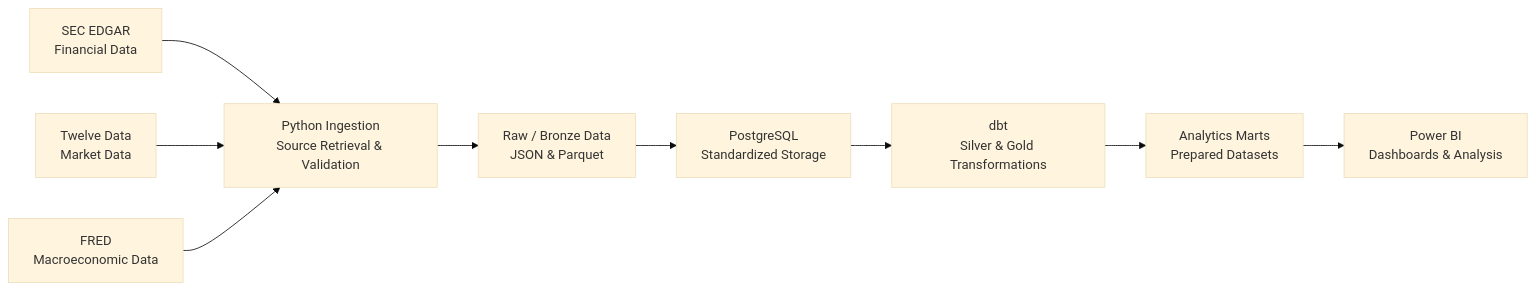
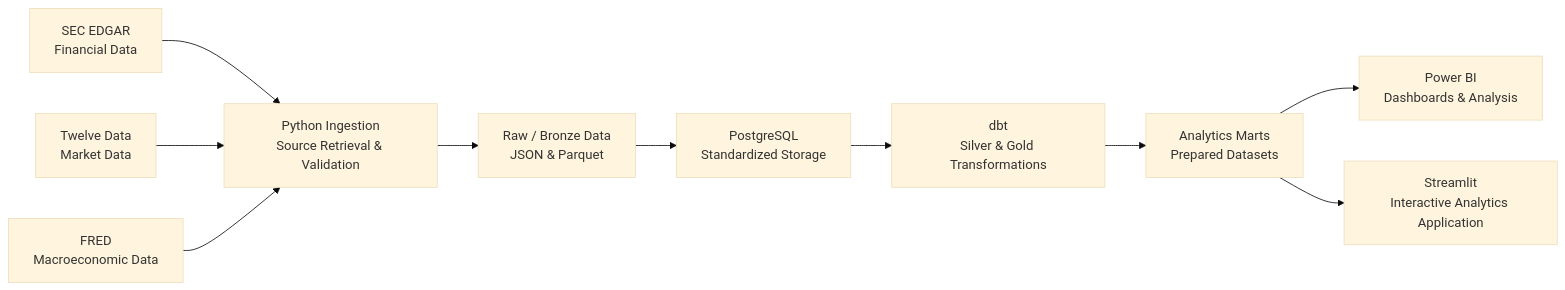
One commit to sorravit-te/FinStream changed the diagram in README.md. Above: the diagram before and after it, drawn with Mermaid (base theme). The commit also changed other lines of this file and 3 other files, not shown here.

Commit message:
docs: add streamlit to roadmap

````diff
--- a/README.md
+++ b/README.md
@@ -36,12 +36,13 @@
 ```mermaid
 flowchart LR
     A[SEC EDGAR<br/>Financial Data] --> D[Python Ingestion<br/>Source Retrieval & Validation]
     B[Twelve Data<br/>Market Data] --> D
     C[FRED<br/>Macroeconomic Data] --> D
 
     D --> E[Raw / Bronze Data<br/>JSON & Parquet]
     E --> F[PostgreSQL<br/>Standardized Storage]
     F --> G[dbt<br/>Silver & Gold Transformations]
     G --> H[Analytics Marts<br/>Prepared Datasets]
     H --> I[Power BI<br/>Dashboards & Analysis]
+    H --> J[Streamlit<br/>Interactive Analytics Application]
 ```
````
